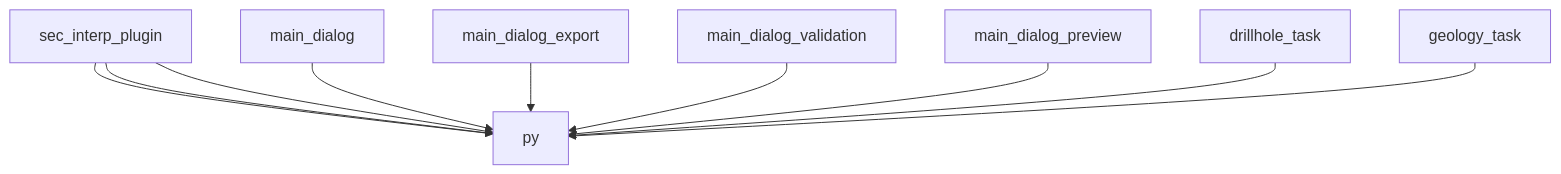
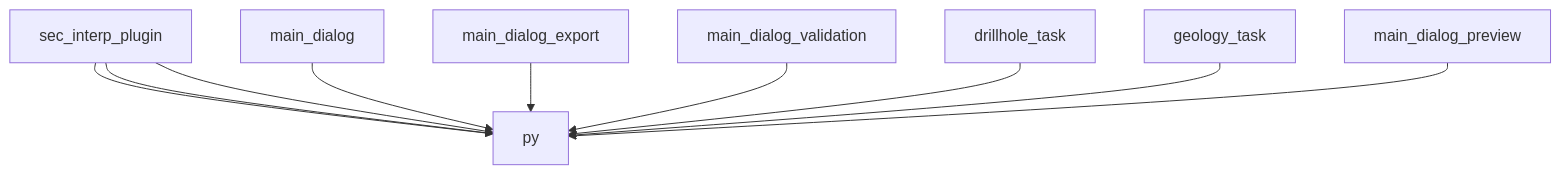
The diagram in AI_CONTEXT.md (geociencio/sec_interp), drawn with Mermaid before and after one commit. The commit also changed other lines of this file and 12 other files, not shown here.

````diff
--- a/AI_CONTEXT.md
+++ b/AI_CONTEXT.md
@@ -115,12 +115,12 @@
 ```mermaid
 graph TD
     sec_interp_plugin --> py
     sec_interp_plugin --> py
     sec_interp_plugin --> py
     main_dialog --> py
     main_dialog_export --> py
     main_dialog_validation --> py
-    main_dialog_preview --> py
     drillhole_task --> py
     geology_task --> py
+    main_dialog_preview --> py
 ```
````
